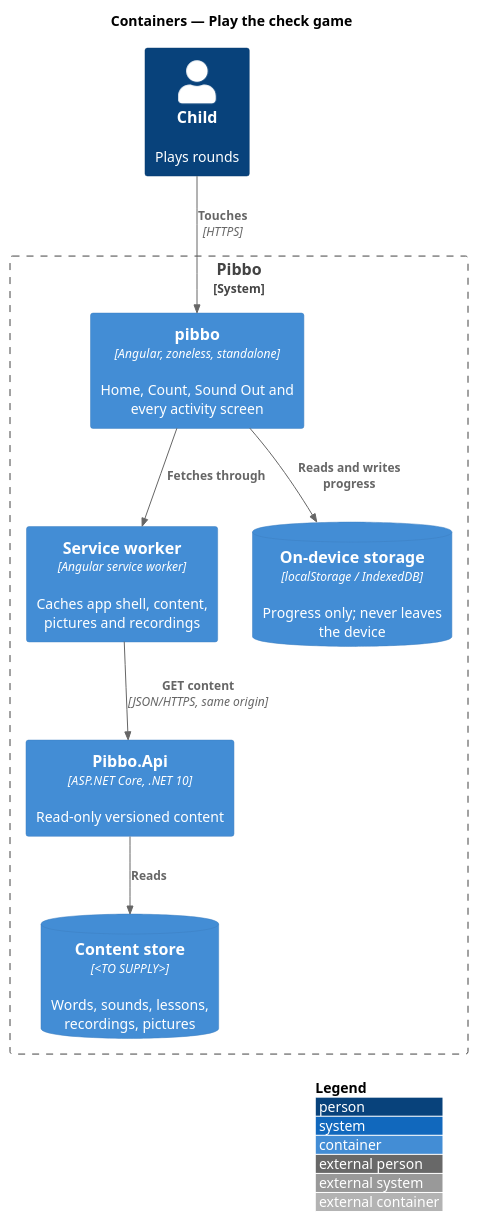
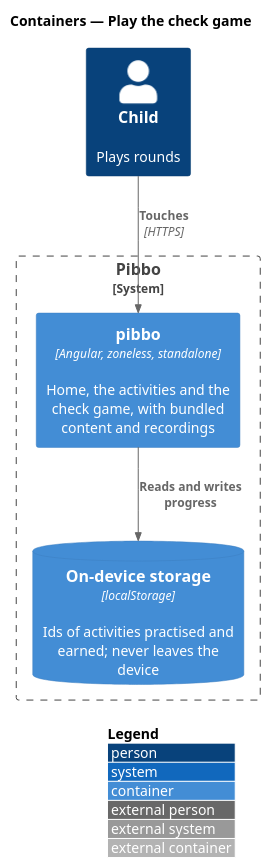
The diagram in docs/detailed-designs/lessons/check-game/diagrams/c4-container.puml (QuinntyneBrown/pibbo), drawn with PlantUML before and after one commit. The commit also changed 34 other files, not shown here.

Commit message:
Check game: redraw the mocks and align the design system, L2-023, ADR 0026 and the design (L2-023)

```diff
--- a/docs/detailed-designs/lessons/check-game/diagrams/c4-container.puml
+++ b/docs/detailed-designs/lessons/check-game/diagrams/c4-container.puml
@@ -1,18 +1,12 @@
 @startuml
 !include <C4/C4_Container>
 LAYOUT_WITH_LEGEND()
 title Containers — Play the check game
 Person(child, "Child", "Plays rounds")
 System_Boundary(pibbo, "Pibbo") {
-  Container(spa, "pibbo", "Angular, zoneless, standalone", "Home, Count, Sound Out and every activity screen")
-  Container(sw, "Service worker", "Angular service worker", "Caches app shell, content, pictures and recordings")
-  ContainerDb(store, "On-device storage", "localStorage / IndexedDB", "Progress only; never leaves the device")
-  Container(api, "Pibbo.Api", "ASP.NET Core, .NET 10", "Read-only versioned content")
-  ContainerDb(content, "Content store", "<TO SUPPLY>", "Words, sounds, lessons, recordings, pictures")
+  Container(spa, "pibbo", "Angular, zoneless, standalone", "Home, the activities and the check game, with bundled content and recordings")
+  ContainerDb(store, "On-device storage", "localStorage", "Ids of activities practised and earned; never leaves the device")
 }
 Rel(child, spa, "Touches", "HTTPS")
-Rel(spa, sw, "Fetches through")
-Rel(sw, api, "GET content", "JSON/HTTPS, same origin")
 Rel(spa, store, "Reads and writes progress")
-Rel(api, content, "Reads")
 @enduml
```
